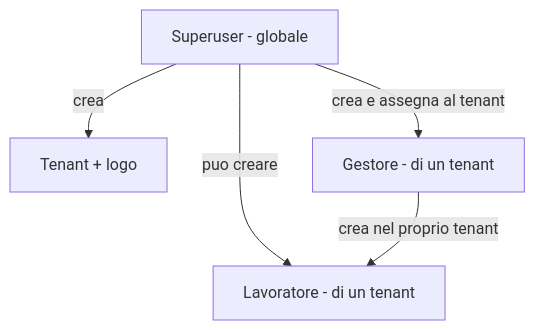
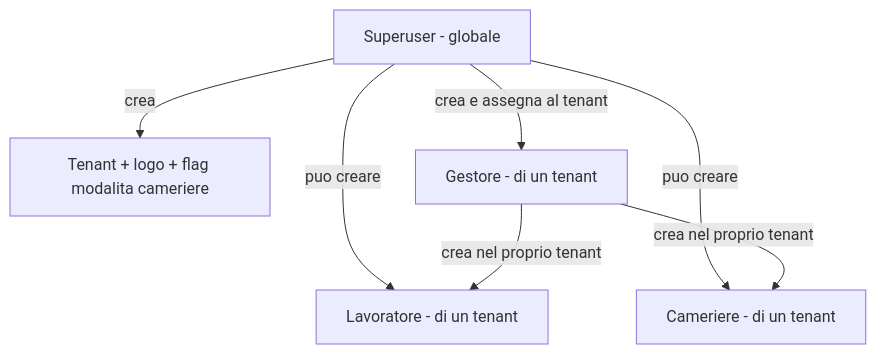
The first of 2 diagrams in docs/specifica-funzionale.md (khalld/dishdash-qr), drawn with Mermaid before and after one commit. The commit also changed other lines of this file and 30 other files, not shown here.

First line of the commit message:
feat(cameriere): add waiter-ordering role and per-tenant mode

````diff
--- a/docs/specifica-funzionale.md
+++ b/docs/specifica-funzionale.md
@@ -46,12 +52,15 @@
 ```mermaid
 flowchart TD
     SU[Superuser - globale]
-    T[Tenant + logo]
+    T[Tenant + logo + flag modalita cameriere]
     G[Gestore - di un tenant]
     L[Lavoratore - di un tenant]
+    C[Cameriere - di un tenant]
 
     SU -->|crea| T
     SU -->|crea e assegna al tenant| G
     SU -->|puo creare| L
+    SU -->|puo creare| C
     G -->|crea nel proprio tenant| L
+    G -->|crea nel proprio tenant| C
 ```
````
